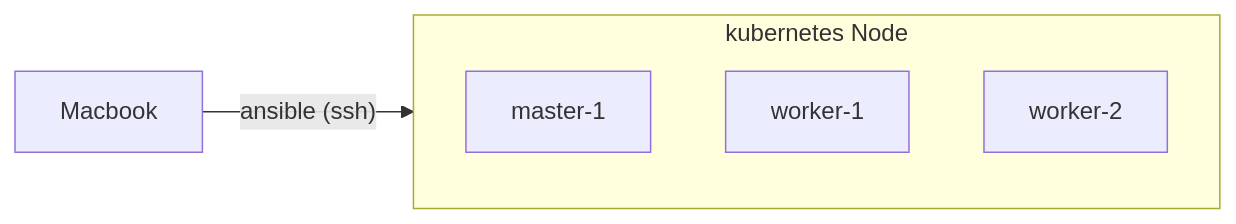
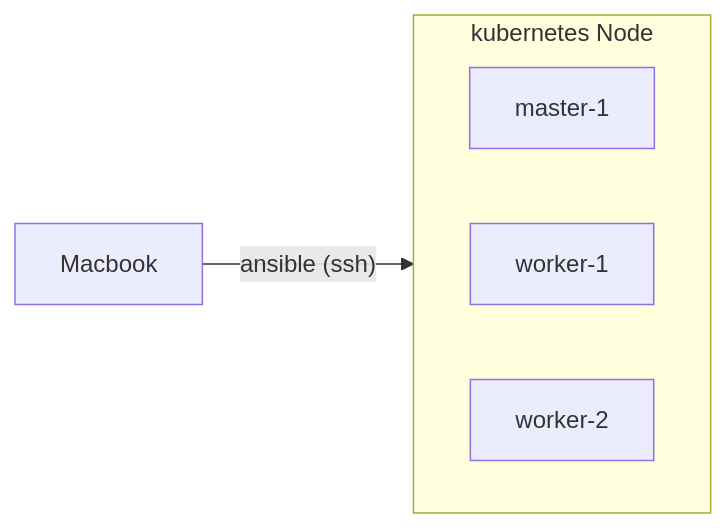
Before and after one commit to kuroweb/k8s: the second of 2 diagrams in README.md, drawn with Mermaid.

````diff
--- a/README.md
+++ b/README.md
@@ -48,12 +48,14 @@
 ```mermaid
 graph LR
   Macbook
 
   subgraph k8s["kubernetes Node"]
+    direction LR
+
     master-1
     worker-1
     worker-2
   end
 
-  Macbook--ansible (ssh)-->k8s
+  Macbook--"ansible (ssh)"-->k8s
 ```
````
